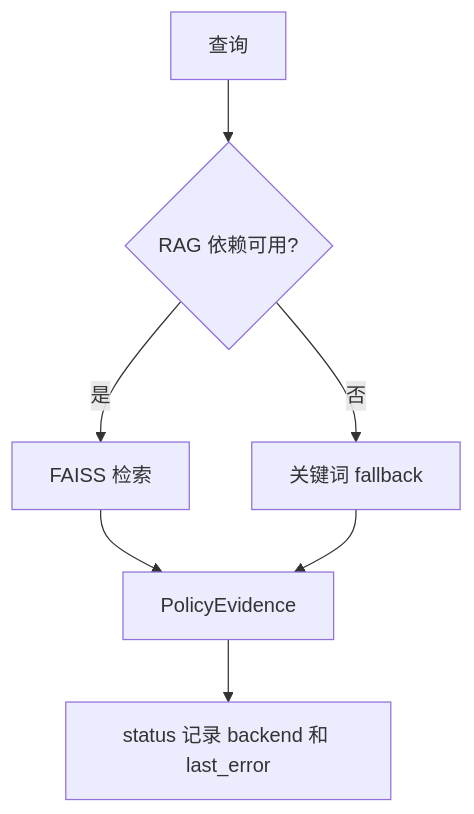
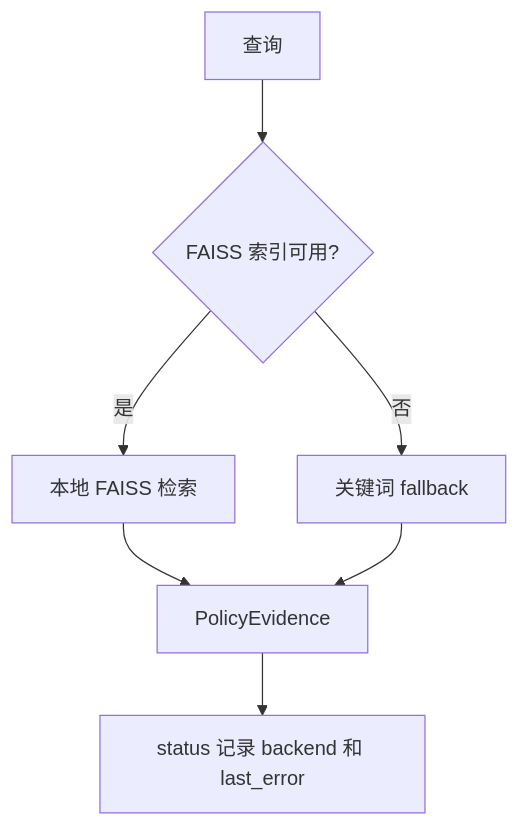
The third of 5 diagrams in docs/government_service_thesis/figures.md (winnie0618/MetaGPT), drawn with Mermaid before and after one commit. The commit also changed other lines of this file and 7 other files, not shown here.

````diff
--- a/docs/government_service_thesis/figures.md
+++ b/docs/government_service_thesis/figures.md
@@ -38,9 +38,9 @@
 ```mermaid
 flowchart TD
-  Q["查询"] --> S{"RAG 依赖可用?"}
-  S -- 是 --> F["FAISS 检索"]
+  Q["查询"] --> S{"FAISS 索引可用?"}
+  S -- 是 --> F["本地 FAISS 检索"]
   S -- 否 --> K["关键词 fallback"]
   F --> E["PolicyEvidence"]
   K --> E
   E --> ST["status 记录 backend 和 last_error"]
 ```
````
